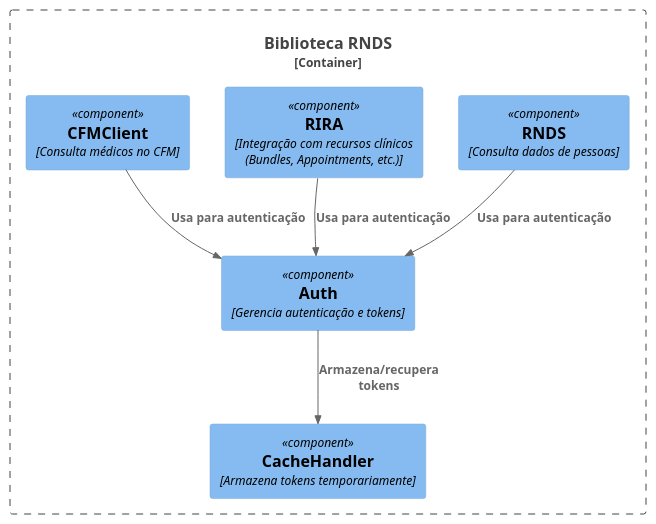
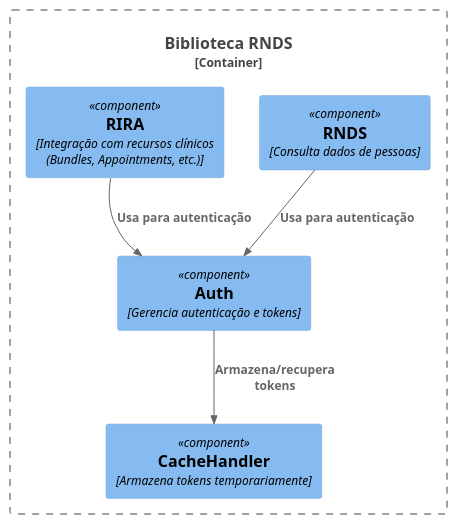
Before and after one commit to Regulacao-SUS/rnds: the diagram in docs/c4-l3-component.puml, drawn with PlantUML. The commit also changed 7 other files, not shown here.

```diff
--- a/docs/c4-l3-component.puml
+++ b/docs/c4-l3-component.puml
@@ -1,17 +1,15 @@
 @startuml
 !include https://raw.githubusercontent.com/plantuml-stdlib/C4-PlantUML/master/C4_Component.puml
 
 Container_Boundary(lib, "Biblioteca RNDS") {
     Component(auth, "Auth", "Gerencia autenticação e tokens")
     Component(rnds, "RNDS", "Consulta dados de pessoas")
     Component(rira, "RIRA", "Integração com recursos clínicos (Bundles, Appointments, etc.)")
-    Component(cfm, "CFMClient", "Consulta médicos no CFM")
     Component(cache, "CacheHandler", "Armazena tokens temporariamente")
 }
 
 Rel(auth, cache, "Armazena/recupera tokens")
 Rel(rnds, auth, "Usa para autenticação")
 Rel(rira, auth, "Usa para autenticação")
-Rel(cfm, auth, "Usa para autenticação")
 
 @enduml
```
